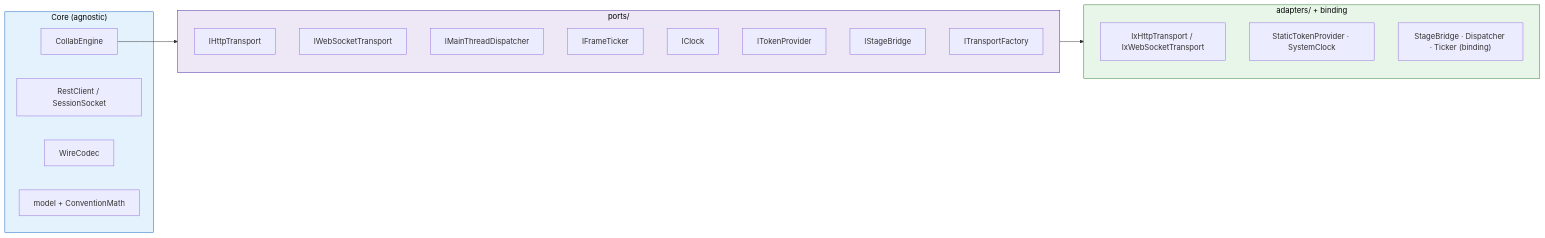
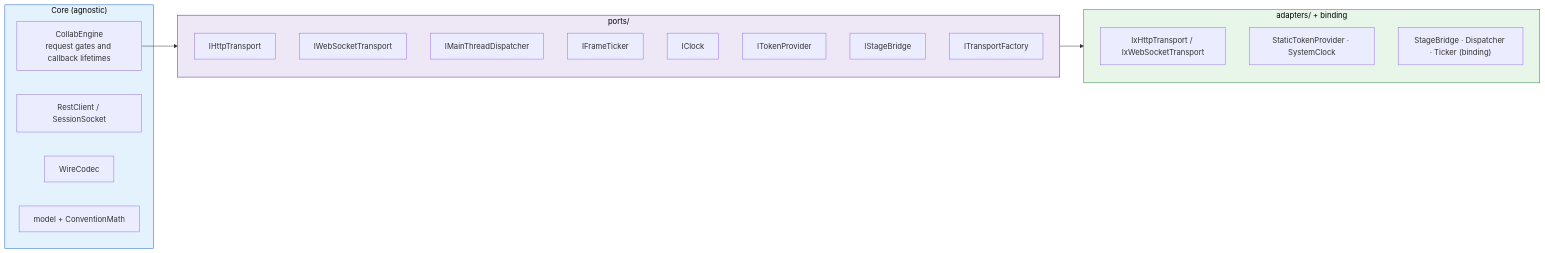
One commit to Immersive-Data-Center-Management/idtx-flow changed the diagram in docs/collab-client/net-core.md. Above: the diagram before and after it, drawn with Mermaid. The commit also changed other lines of this file and 42 other files, not shown here.

````diff
--- a/docs/collab-client/net-core.md
+++ b/docs/collab-client/net-core.md
@@ -46,33 +47,33 @@
 ```mermaid
 graph LR
     subgraph CORE["Core (agnostic)"]
-        ENGINE["CollabEngine"]
+        ENGINE["CollabEngine<br/>request gates and callback lifetimes"]
         PROTO["RestClient / SessionSocket"]
         WIRE["WireCodec"]
         MODEL["model + ConventionMath"]
     end
 
     subgraph PORTS["ports/"]
         P1["IHttpTransport"]
         P2["IWebSocketTransport"]
         P3["IMainThreadDispatcher"]
         P4["IFrameTicker"]
         P5["IClock"]
         P6["ITokenProvider"]
         P7["IStageBridge"]
         P8["ITransportFactory"]
     end
 
     subgraph ADAPT["adapters/ + binding"]
         A1["IxHttpTransport / IxWebSocketTransport"]
         A2["StaticTokenProvider · SystemClock"]
         A3["StageBridge · Dispatcher · Ticker (binding)"]
     end
 
     ENGINE --> PORTS
     PORTS --> ADAPT
 
     style CORE fill:#e3f2fd,stroke:#1565c0,color:#000
     style PORTS fill:#ede7f6,stroke:#4527a0,color:#000
     style ADAPT fill:#e8f5e9,stroke:#2e7d32,color:#000
 ```
````
